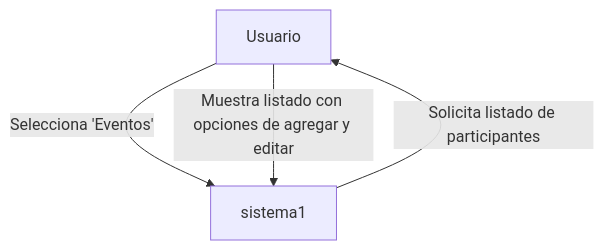
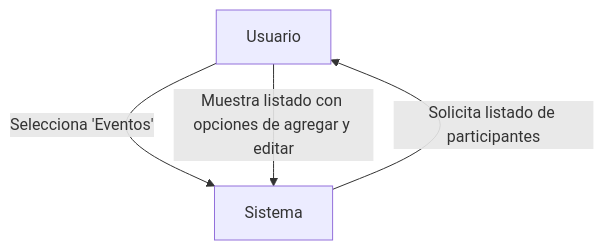
Before and after one commit to UPT-FAING-EPIS/proyecto-si8811a-2024-ii-u2-documentacion-lizarraga_arenas: the ninth of 12 diagrams in README.md, drawn with Mermaid. The commit also changed other lines of this file, not shown here.

````diff
--- a/README.md
+++ b/README.md
@@ -224,6 +224,6 @@
 ```mermaid
 flowchart TD
-    actor1[Usuario] -->|Selecciona 'Eventos'| sistema1
+    actor1[Usuario] -->|Selecciona 'Eventos'| sistema1[Sistema]
     sistema1 -->|Solicita listado de participantes| actor1
     actor1 -->|Muestra listado con opciones de agregar y editar| sistema1
 ```
````
